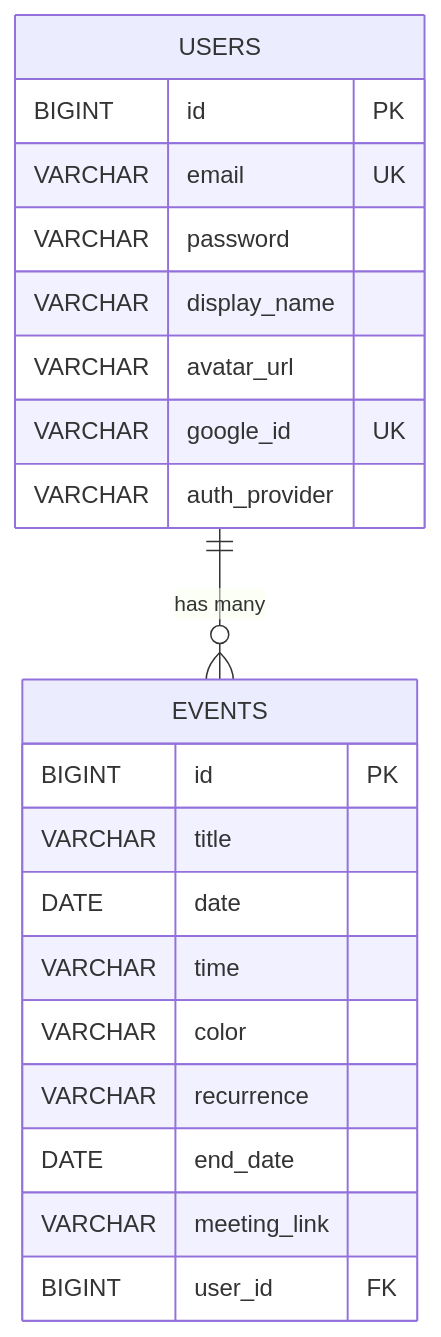
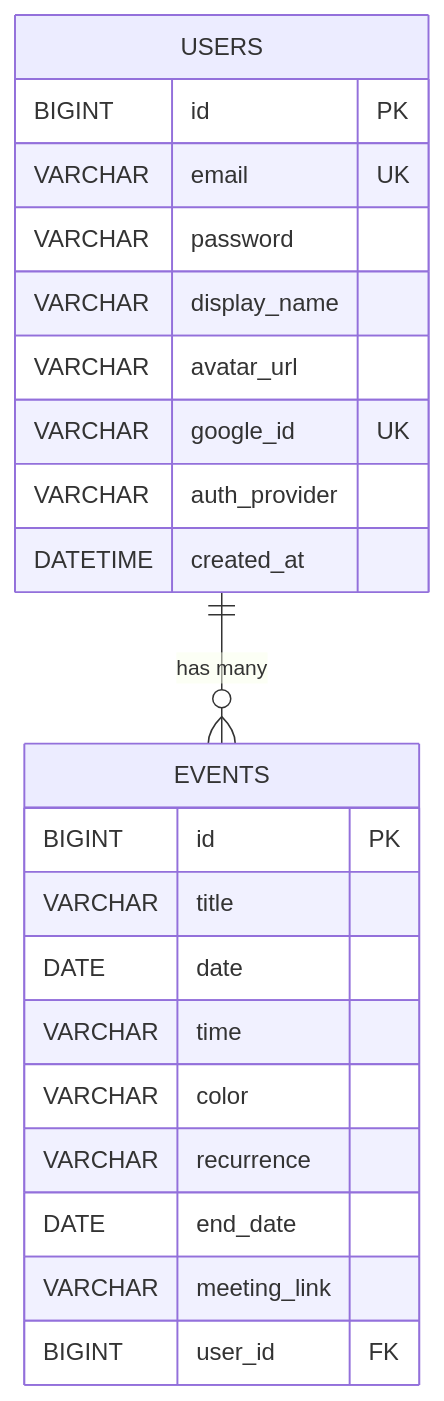
The diagram in README.md (GiangQuan/warm-calendar), drawn with Mermaid before and after one commit. The commit also changed other lines of this file, not shown here.

````diff
--- a/README.md
+++ b/README.md
@@ -167,26 +168,27 @@
 ```mermaid
 erDiagram
     USERS {
         BIGINT id PK
         VARCHAR email UK
         VARCHAR password
         VARCHAR display_name
         VARCHAR avatar_url
         VARCHAR google_id UK
         VARCHAR auth_provider
+        DATETIME created_at
     }
-    
+
     EVENTS {
         BIGINT id PK
         VARCHAR title
         DATE date
         VARCHAR time
         VARCHAR color
         VARCHAR recurrence
         DATE end_date
         VARCHAR meeting_link
         BIGINT user_id FK
     }
-    
+
     USERS ||--o{ EVENTS : "has many"
 ```
````
